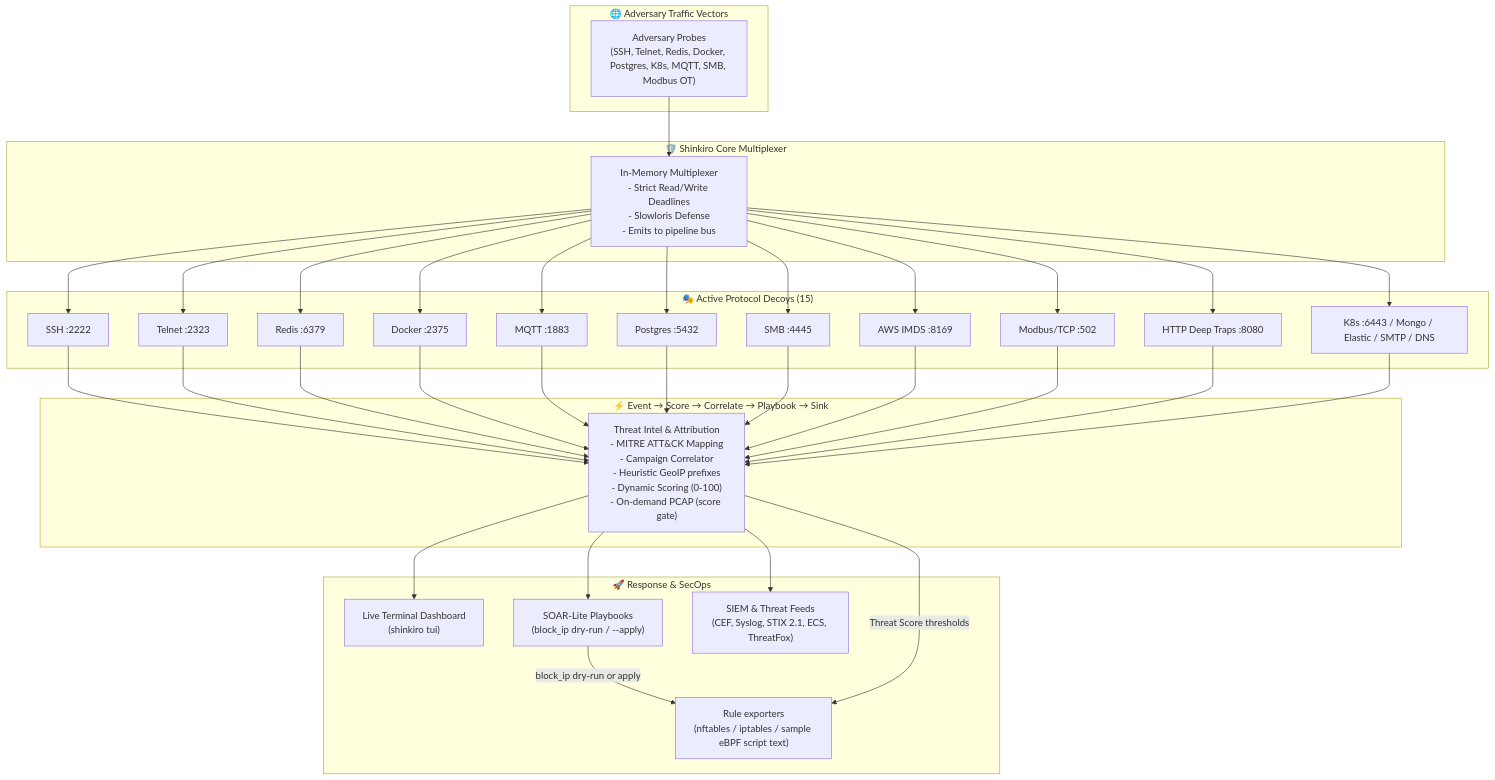
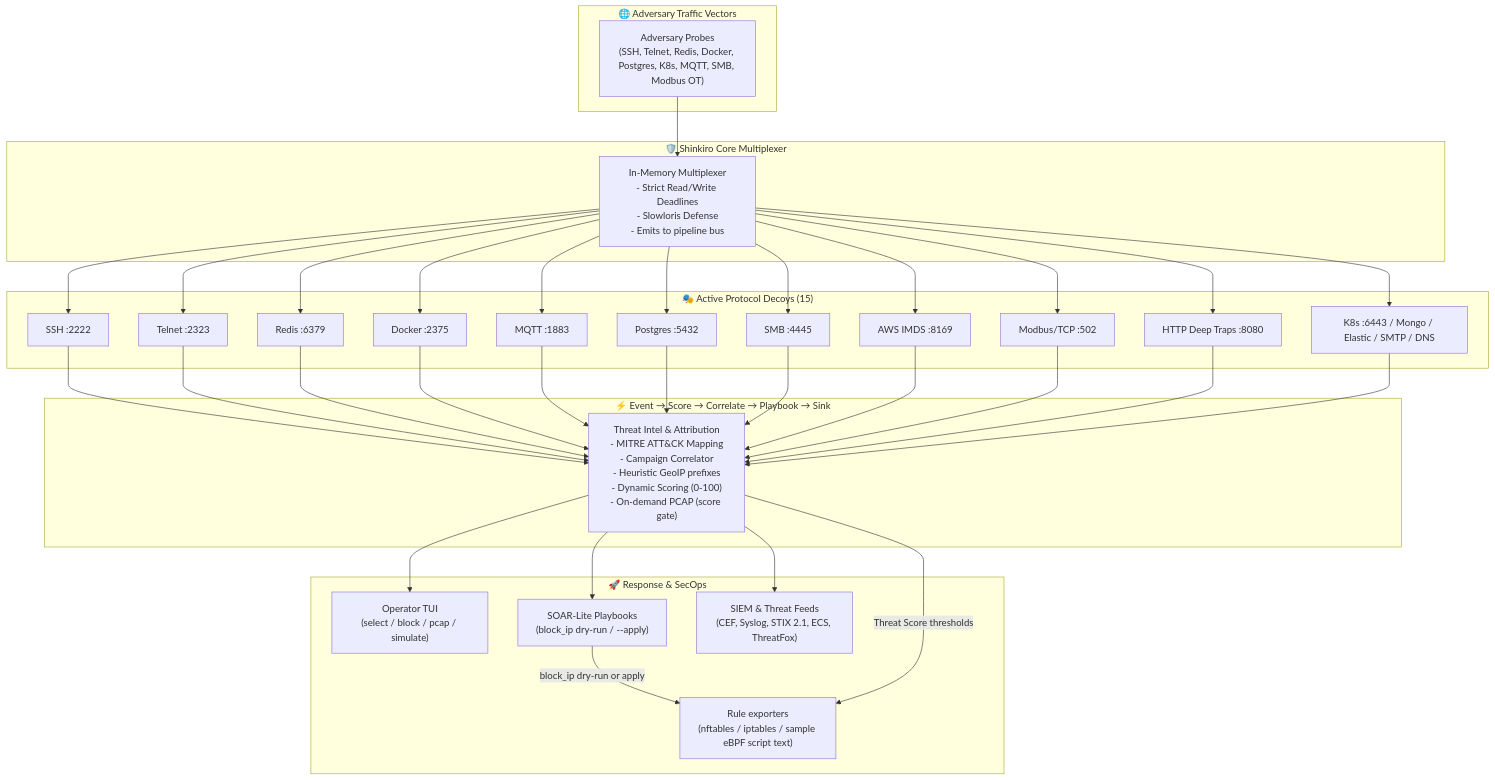
One commit to Haiagari/shinkiro changed the diagram in README.md. Above: the diagram before and after it, drawn with Mermaid. The commit also changed other lines of this file and 9 other files, not shown here.

First line of the commit message:
feat: TUI operator actions (block dry-run, pcap, simulate) (#12)

````diff
--- a/README.md
+++ b/README.md
@@ -42,66 +42,66 @@
 ```mermaid
 graph TD
     subgraph Adversary ["🌐 Adversary Traffic Vectors"]
         Attacker["Adversary Probes<br/>(SSH, Telnet, Redis, Docker, Postgres, K8s, MQTT, SMB, Modbus OT)"]
     end
 
     subgraph Core ["🛡️ Shinkiro Core Multiplexer"]
         Mux["In-Memory Multiplexer<br/>- Strict Read/Write Deadlines<br/>- Slowloris Defense<br/>- Emits to pipeline bus"]
     end
 
     subgraph Decoys ["🎭 Active Protocol Decoys (15)"]
         D1["SSH :2222"]
         D2["Telnet :2323"]
         D3["Redis :6379"]
         D4["Docker :2375"]
         D5["MQTT :1883"]
         D6["Postgres :5432"]
         D7["SMB :4445"]
         D8["AWS IMDS :8169"]
         D9["Modbus/TCP :502"]
         D10["HTTP Deep Traps :8080"]
         D11["K8s :6443 / Mongo / Elastic / SMTP / DNS"]
     end
 
     subgraph Pipeline ["⚡ Event → Score → Correlate → Playbook → Sink"]
         Intel["Threat Intel & Attribution<br/>- MITRE ATT&CK Mapping<br/>- Campaign Correlator<br/>- Heuristic GeoIP prefixes<br/>- Dynamic Scoring (0-100)<br/>- On-demand PCAP (score gate)"]
     end
 
     subgraph Defense ["🚀 Response & SecOps"]
-        TUI["Live Terminal Dashboard<br/>(shinkiro tui)"]
+        TUI["Operator TUI<br/>(select / block / pcap / simulate)"]
         SOAR["SOAR-Lite Playbooks<br/>(block_ip dry-run / --apply)"]
         SIEM["SIEM & Threat Feeds<br/>(CEF, Syslog, STIX 2.1, ECS, ThreatFox)"]
         Drop["Rule exporters<br/>(nftables / iptables / sample eBPF script text)"]
     end
 
     Attacker --> Mux
     Mux --> D1
     Mux --> D2
     Mux --> D3
     Mux --> D4
     Mux --> D5
     Mux --> D6
     Mux --> D7
     Mux --> D8
     Mux --> D9
     Mux --> D10
     Mux --> D11
 
     D1 --> Intel
     D2 --> Intel
     D3 --> Intel
     D4 --> Intel
     D5 --> Intel
     D6 --> Intel
     D7 --> Intel
     D8 --> Intel
     D9 --> Intel
     D10 --> Intel
     D11 --> Intel
 
     Intel --> TUI
     Intel --> SOAR
     Intel --> SIEM
     SOAR -->|block_ip dry-run or apply| Drop
     Intel -->|Threat Score thresholds| Drop
 ```
````
